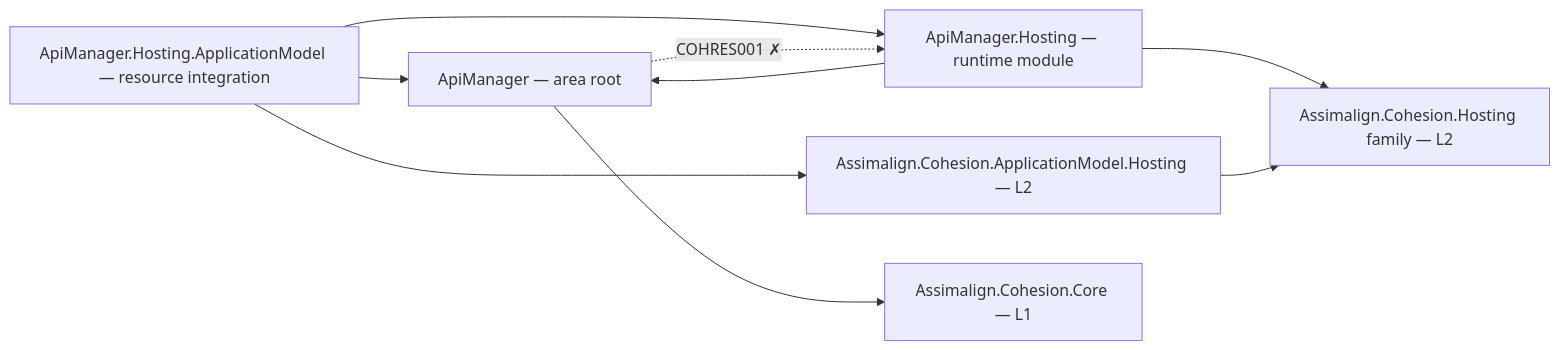
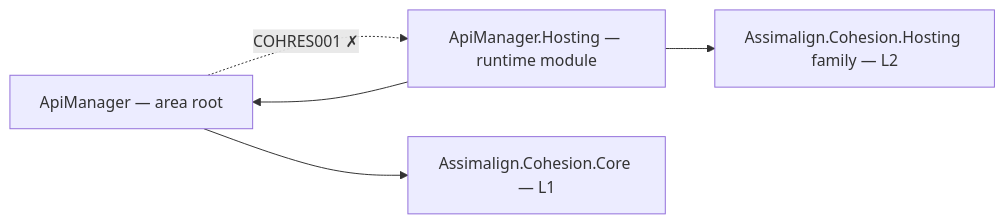
Before and after one commit to assimalign/cohesion: the diagram in resources/ApiManager/README.md, drawn with Mermaid. The commit also changed other lines of this file and 141 other files, not shown here.

First line of the commit message:
docs(application-model): remove the old model from rules and docs

````diff
--- a/resources/ApiManager/README.md
+++ b/resources/ApiManager/README.md
@@ -12,17 +12,11 @@
 ```mermaid
 flowchart LR
     P0["ApiManager — area root"]
     P2["ApiManager.Hosting — runtime module"]
-    PAM["ApiManager.Hosting.ApplicationModel — resource integration"]
-    AMH["Assimalign.Cohesion.ApplicationModel.Hosting — L2"]
     CORE["Assimalign.Cohesion.Core — L1"]
     HOSTFAM["Assimalign.Cohesion.Hosting family — L2"]
     P0 --> CORE
     P2 --> P0
     P2 --> HOSTFAM
-    PAM --> P2
-    PAM --> P0
-    PAM --> AMH
-    AMH --> HOSTFAM
     P0 -.->|"COHRES001 ✗"| P2
 ```
````
